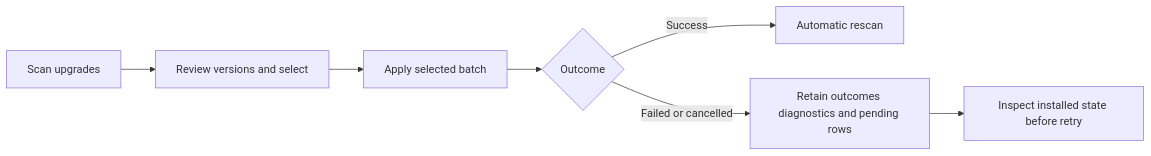
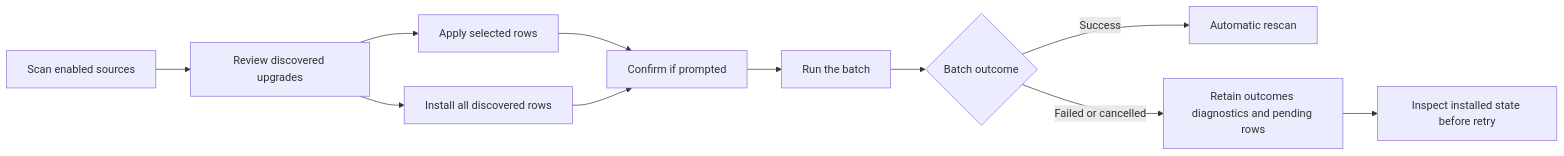
Before and after one commit to dennidalpos/OnlyWinget: the second of 3 diagrams in docs/user-guide.md, drawn with Mermaid. The commit also changed other lines of this file and 17 other files, not shown here.

```diff
--- a/docs/user-guide.md
+++ b/docs/user-guide.md
@@ -49,9 +49,13 @@
 ~~~mermaid
 flowchart LR
-    Scan[Scan upgrades] --> Review[Review versions and select]
-    Review --> Apply[Apply selected batch]
-    Apply --> Outcome{Outcome}
+    Scan["Scan enabled sources"] --> Review["Review discovered upgrades"]
+    Review --> Selected["Apply selected rows"]
+    Review --> All["Install all discovered rows"]
+    Selected --> Confirm["Confirm if prompted"]
+    All --> Confirm
+    Confirm --> Execute["Run the batch"]
+    Execute --> Outcome{"Batch outcome"}
     Outcome -->|Success| Rescan[Automatic rescan]
     Outcome -->|Failed or cancelled| Retain[Retain outcomes diagnostics and pending rows]
     Retain --> Inspect[Inspect installed state before retry]
 ~~~
```
